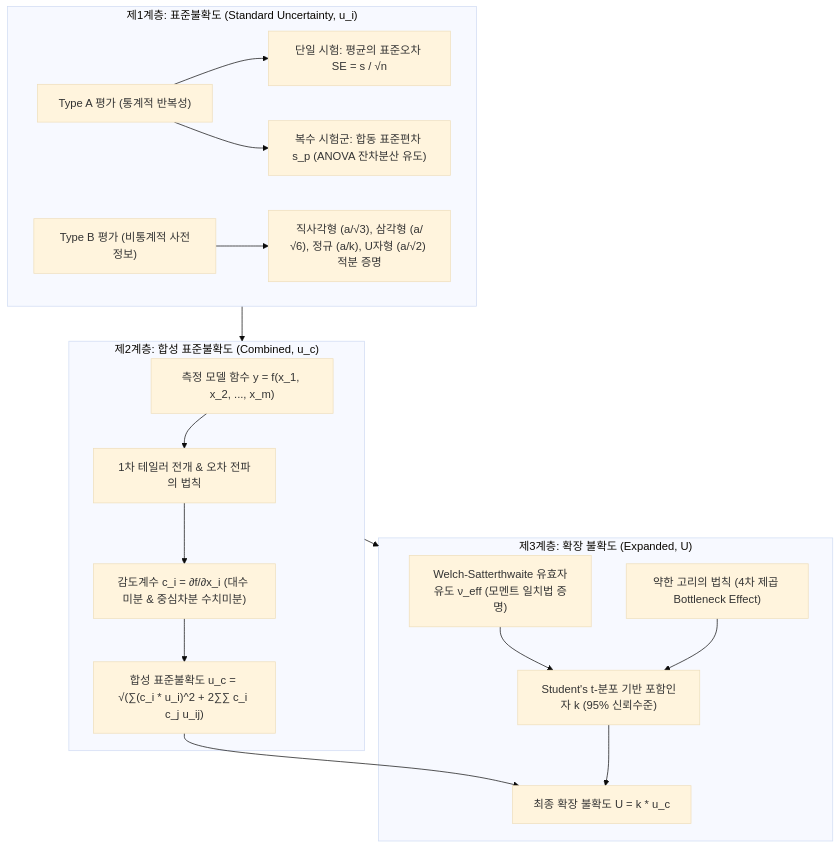
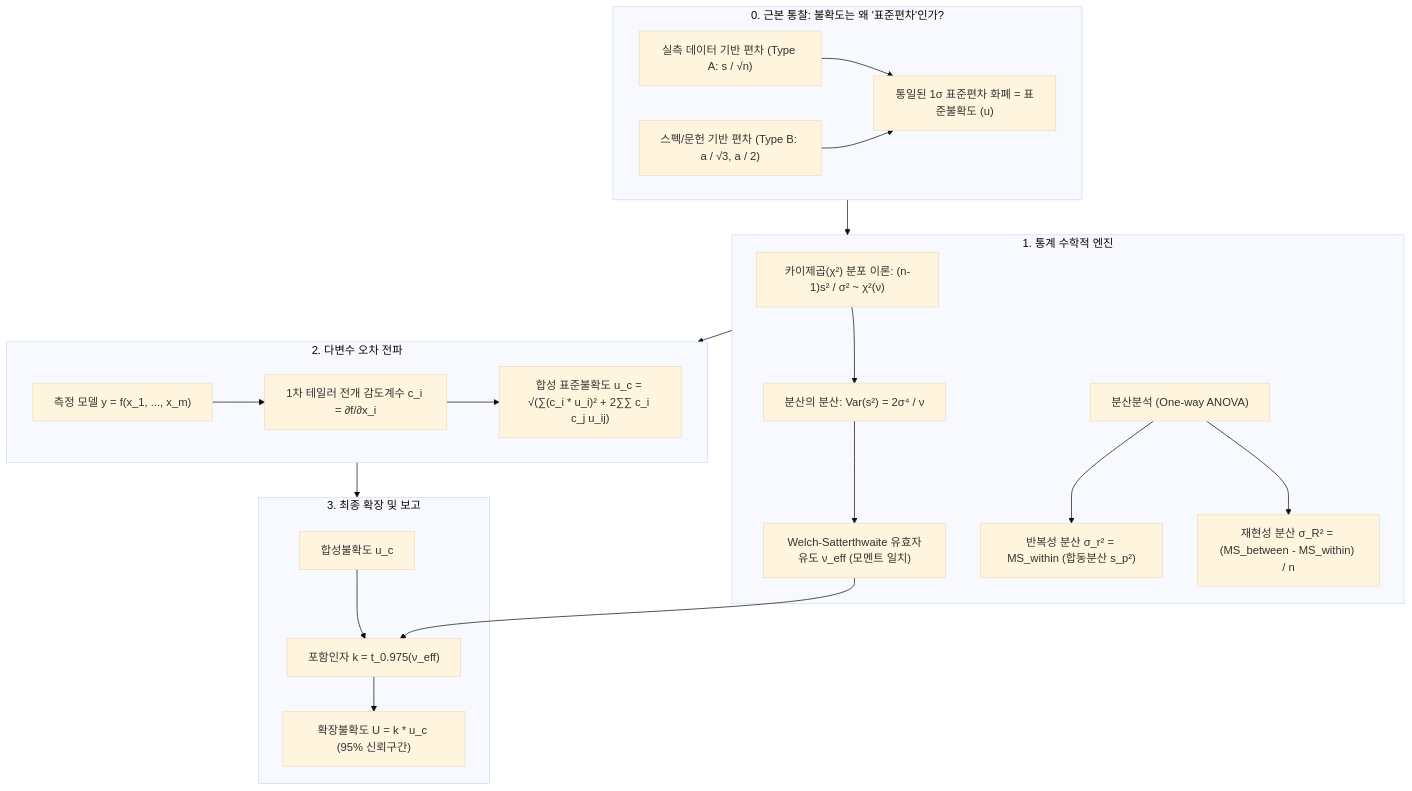
The diagram in 04_Resources/23_측정_불확도_공학/10_측정불확도_완벽_이론_및_수학적_유도_가이드.md (uunnooo/00_obsidian), drawn with Mermaid (base theme) before and after one commit. The commit also changed other lines of this file, not shown here.

````diff
--- a/04_Resources/23_측정_불확도_공학/10_측정불확도_완벽_이론_및_수학적_유도_가이드.md
+++ b/04_Resources/23_측정_불확도_공학/10_측정불확도_완벽_이론_및_수학적_유도_가이드.md
@@ -42,25 +50,29 @@
 ```mermaid
 flowchart TD
-    subgraph G1 ["제1계층: 표준불확도 (Standard Uncertainty, u_i)"]
-        A1["Type A 평가 (통계적 반복성)"] --> A11["단일 시험: 평균의 표준오차 SE = s / √n"]
-        A1 --> A12["복수 시험군: 합동 표준편차 s_p (ANOVA 잔차분산 유도)"]
-        A2["Type B 평가 (비통계적 사전정보)"] --> A21["직사각형 (a/√3), 삼각형 (a/√6), 정규 (a/k), U자형 (a/√2) 적분 증명"]
+    subgraph S0 ["0. 근본 통찰: 불확도는 왜 '표준편차'인가?"]
+        A01["실측 데이터 기반 편차 (Type A: s / √n)"]
+        A02["스펙/문헌 기반 편차 (Type B: a / √3, a / 2)"]
+        A01 & A02 --> A03["통일된 1σ 표준편차 화폐 = 표준불확도 (u)"]
     end
 
-    subgraph G2 ["제2계층: 합성 표준불확도 (Combined, u_c)"]
-        B1["측정 모델 함수 y = f(x_1, x_2, ..., x_m)"] --> B2["1차 테일러 전개 & 오차 전파의 법칙"]
-        B2 --> B3["감도계수 c_i = ∂f/∂x_i (대수 미분 & 중심차분 수치미분)"]
-        B3 --> B4["합성 표준불확도 u_c = √(∑(c_i * u_i)^2 + 2∑∑ c_i c_j u_ij)"]
+    subgraph S1 ["1. 통계 수학적 엔진"]
+        B01["카이제곱(χ²) 분포 이론: (n-1)s² / σ² ~ χ²(ν)"] --> B02["분산의 분산: Var(s²) = 2σ⁴ / ν"]
+        B02 --> B03["Welch-Satterthwaite 유효자유도 ν_eff (모멘트 일치)"]
+        B04["분산분석 (One-way ANOVA)"] --> B05["반복성 분산 σ_r² = MS_within (합동분산 s_p²)"]
+        B04 --> B06["재현성 분산 σ_R² = (MS_between - MS_within) / n"]
     end
 
-    subgraph G3 ["제3계층: 확장 불확도 (Expanded, U)"]
-        C1["Welch-Satterthwaite 유효자유도 ν_eff (모멘트 일치법 증명)"]
-        C2["약한 고리의 법칙 (4차 제곱 Bottleneck Effect)"]
-        C3["Student's t-분포 기반 포함인자 k (95% 신뢰수준)"]
-        C1 & C2 --> C3
-        B4 & C3 --> C4["최종 확장 불확도 U = k * u_c"]
+    subgraph S2 ["2. 다변수 오차 전파"]
+        C01["측정 모델 y = f(x_1, ..., x_m)"] --> C02["1차 테일러 전개 감도계수 c_i = ∂f/∂x_i"]
+        C02 --> C03["합성 표준불확도 u_c = √(∑(c_i * u_i)² + 2∑∑ c_i c_j u_ij)"]
     end
 
-    G1 --> G2
-    G2 --> G3
+    subgraph S3 ["3. 최종 확장 및 보고"]
+        D01["합성불확도 u_c"] & B03 --> D02["포함인자 k = t_0.975(ν_eff)"]
+        D02 --> D03["확장불확도 U = k * u_c (95% 신뢰구간)"]
+    end
+
+    S0 --> S1
+    S1 --> S2
+    S2 --> S3
 ```
````
